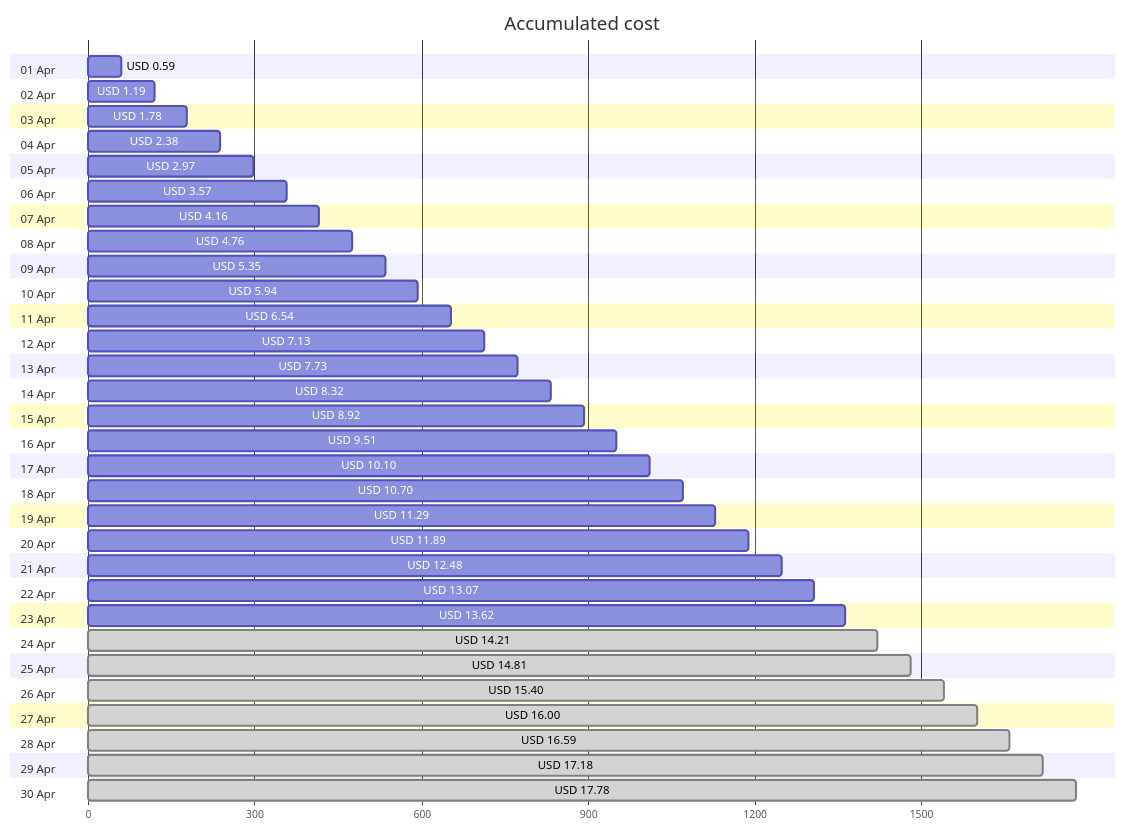
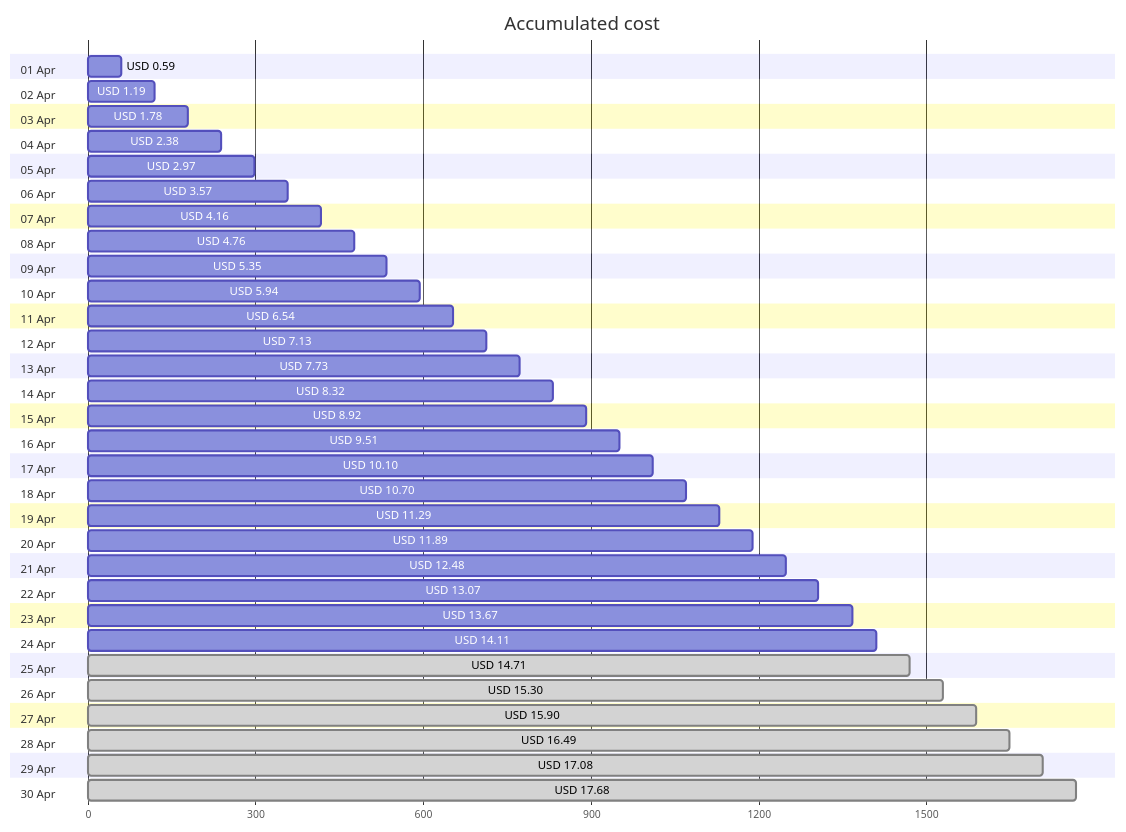
Before and after one commit to jpfulton/azure-personal-reports: the first of 4 diagrams in cost-reports/personal-site/README.md, drawn with Mermaid. The commit also changed other lines of this file and 6 other files, not shown here.

````diff
--- a/cost-reports/personal-site/README.md
+++ b/cost-reports/personal-site/README.md
@@ -20,66 +20,66 @@
 ```mermaid
 gantt
    title Accumulated cost
    dateFormat  X
    axisFormat %s
    section 01 Apr
    USD 0.59 :0, 59
    section 02 Apr
    USD 1.19 :0, 119
    section 03 Apr
    USD 1.78 :0, 178
    section 04 Apr
    USD 2.38 :0, 238
    section 05 Apr
    USD 2.97 :0, 297
    section 06 Apr
    USD 3.57 :0, 357
    section 07 Apr
    USD 4.16 :0, 416
    section 08 Apr
    USD 4.76 :0, 476
    section 09 Apr
    USD 5.35 :0, 535
    section 10 Apr
    USD 5.94 :0, 594
    section 11 Apr
    USD 6.54 :0, 654
    section 12 Apr
    USD 7.13 :0, 713
    section 13 Apr
    USD 7.73 :0, 773
    section 14 Apr
    USD 8.32 :0, 832
    section 15 Apr
    USD 8.92 :0, 892
    section 16 Apr
    USD 9.51 :0, 951
    section 17 Apr
    USD 10.10 :0, 1010
    section 18 Apr
    USD 10.70 :0, 1070
    section 19 Apr
    USD 11.29 :0, 1129
    section 20 Apr
    USD 11.89 :0, 1189
    section 21 Apr
    USD 12.48 :0, 1248
    section 22 Apr
    USD 13.07 :0, 1307
    section 23 Apr
-   USD 13.62 :0, 1362
+   USD 13.67 :0, 1367
    section 24 Apr
-   USD 14.21 : done, 0, 1421
+   USD 14.11 :0, 1411
    section 25 Apr
-   USD 14.81 : done, 0, 1481
+   USD 14.71 : done, 0, 1471
    section 26 Apr
-   USD 15.40 : done, 0, 1540
+   USD 15.30 : done, 0, 1530
    section 27 Apr
-   USD 16.00 : done, 0, 1600
+   USD 15.90 : done, 0, 1590
    section 28 Apr
-   USD 16.59 : done, 0, 1659
+   USD 16.49 : done, 0, 1649
    section 29 Apr
-   USD 17.18 : done, 0, 1718
+   USD 17.08 : done, 0, 1708
    section 30 Apr
-   USD 17.78 : done, 0, 1778
+   USD 17.68 : done, 0, 1768
 ```
````
